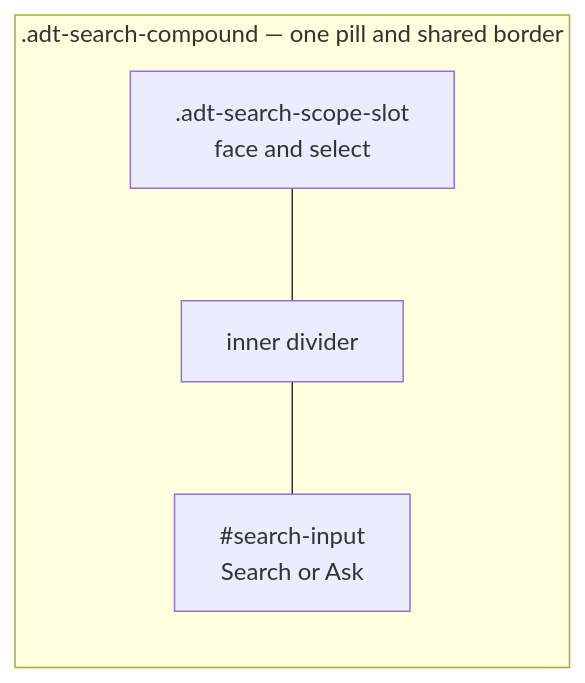
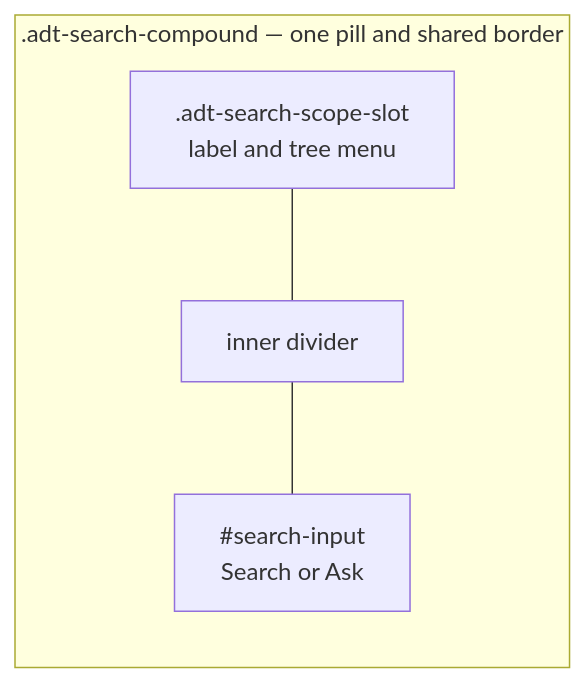
One commit to antora-supplemental/antora-search-chat changed the diagram in diagrams/search-compound-layout.mmd. Above: the diagram before and after it, drawn with Mermaid. The commit also changed 10 other files, not shown here.

First line of the commit message:
Release 0.1.4: hierarchical scope tree without Component kind label.

```diff
--- a/diagrams/search-compound-layout.mmd
+++ b/diagrams/search-compound-layout.mmd
@@ -1,7 +1,7 @@
 flowchart LR
   subgraph compound[".adt-search-compound — one pill and shared border"]
-    scope[".adt-search-scope-slot<br/>face and select"]
+    scope[".adt-search-scope-slot<br/>label and tree menu"]
     rule["inner divider"]
     input["#search-input<br/>Search or Ask"]
   end
   scope --- rule --- input
```
